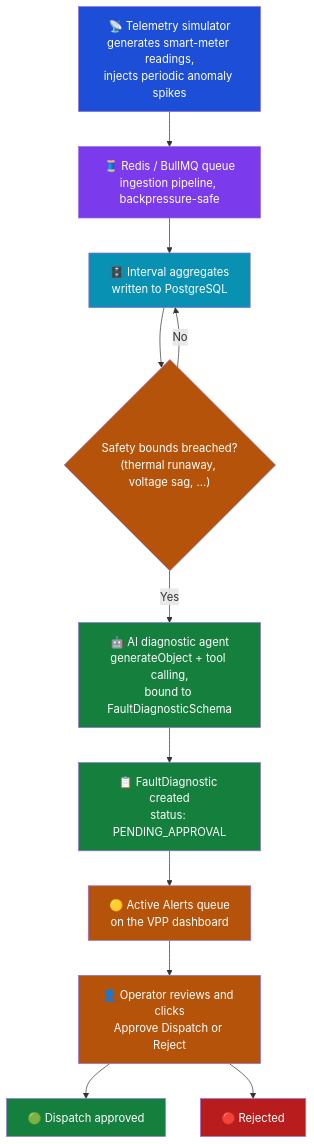
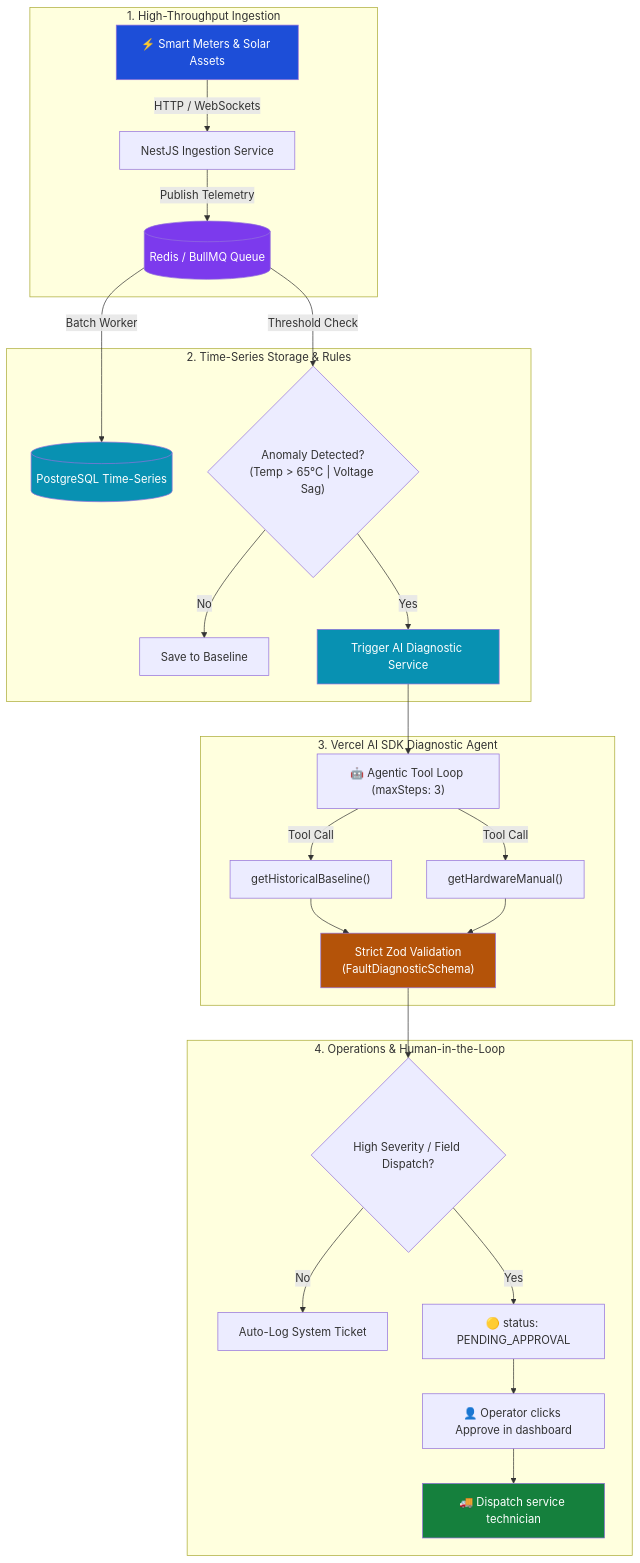
Before and after one commit to m-ahmedbashir/gridstream-agent: the second of 2 diagrams in README.md, drawn with Mermaid. The commit also changed other lines of this file, not shown here.

Commit message:
docs: add native Mermaid architecture diagrams to README
Adds a current-system component diagram (apps/web, apps/api, Drizzle,
model-registry, Clerk, Postgres, providers) right below the title, and
replaces the simpler target-pipeline flowchart with a more detailed
one (ingestion -> queue -> anomaly check -> agentic tool loop ->
HITL approval), broken into subgraphs per stage.

Both diagrams are plain Mermaid in fenced code blocks -- render
natively on GitHub, adapt to light/dark theme, stay in version
control as text. Did not add a performance-benchmark table (the
pipeline it would describe doesn't exist yet, so any numbers would be
invented) or a demo GIF (no working dashboard to record).

````diff
--- a/README.md
+++ b/README.md
@@ -43,25 +87,36 @@
 ```mermaid
 flowchart TD
-    A["📡 Telemetry simulator<br/>generates smart-meter readings,<br/>injects periodic anomaly spikes"]
-    --> B["🧵 Redis / BullMQ queue<br/>ingestion pipeline, backpressure-safe"]
-    --> C["🗄️ Interval aggregates<br/>written to PostgreSQL"]
-    --> D{"Safety bounds breached?<br/>(thermal runaway, voltage sag, ...)"}
-    D -->|"No"| C
-    D -->|"Yes"| E["🤖 AI diagnostic agent<br/>generateObject + tool calling,<br/>bound to FaultDiagnosticSchema"]
-    E --> F["📋 FaultDiagnostic created<br/>status: PENDING_APPROVAL"]
-    F --> G["🟡 Active Alerts queue<br/>on the VPP dashboard"]
-    G --> H["👤 Operator reviews and clicks<br/>Approve Dispatch or Reject"]
-    H --> I["🟢 Dispatch approved"]
-    H --> J["🔴 Rejected"]
+    subgraph Ingestion ["1. High-Throughput Ingestion"]
+        A["⚡ Smart Meters & Solar Assets"] -->|HTTP / WebSockets| B["NestJS Ingestion Service"]
+        B -->|Publish Telemetry| C[("Redis / BullMQ Queue")]
+    end
+
+    subgraph Processing ["2. Time-Series Storage & Rules"]
+        C -->|Batch Worker| D[("PostgreSQL Time-Series")]
+        C -->|Threshold Check| E{"Anomaly Detected?<br/>(Temp > 65°C | Voltage Sag)"}
+        E -->|No| F["Save to Baseline"]
+        E -->|Yes| G["Trigger AI Diagnostic Service"]
+    end
+
+    subgraph AgenticAI ["3. Vercel AI SDK Diagnostic Agent"]
+        G --> H["🤖 Agentic Tool Loop (maxSteps: 3)"]
+        H -->|Tool Call| I["getHistoricalBaseline()"]
+        H -->|Tool Call| J["getHardwareManual()"]
+        I & J --> K["Strict Zod Validation<br/>(FaultDiagnosticSchema)"]
+    end
+
+    subgraph HITL ["4. Operations & Human-in-the-Loop"]
+        K --> L{"High Severity / Field Dispatch?"}
+        L -->|No| M["Auto-Log System Ticket"]
+        L -->|Yes| N["🟡 status: PENDING_APPROVAL"]
+        N --> O["👤 Operator clicks Approve in dashboard"]
+        O --> P["🚚 Dispatch service technician"]
+    end
 
     style A fill:#1d4ed8,color:#fff
-    style B fill:#7c3aed,color:#fff
-    style C fill:#0891b2,color:#fff
-    style D fill:#b45309,color:#fff
-    style E fill:#15803d,color:#fff
-    style F fill:#15803d,color:#fff
-    style G fill:#b45309,color:#fff
-    style H fill:#b45309,color:#fff
-    style I fill:#15803d,color:#fff
-    style J fill:#b91c1c,color:#fff
+    style C fill:#7c3aed,color:#fff
+    style D fill:#0891b2,color:#fff
+    style G fill:#0891b2,color:#fff
+    style K fill:#b45309,color:#fff
+    style P fill:#15803d,color:#fff
 ```
````
